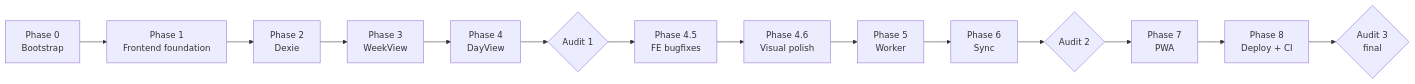
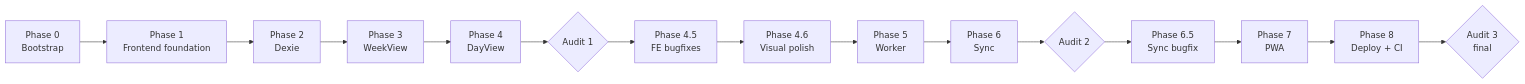
One commit to Lumineks/pwa-calendar changed the third of 3 diagrams in PLAN.md. Above: the diagram before and after it, drawn with Mermaid. The commit also changed other lines of this file and 3 other files, not shown here.

````diff
--- a/PLAN.md
+++ b/PLAN.md
@@ -182,16 +186,17 @@
 ```mermaid
 flowchart LR
   P0[Phase 0<br/>Bootstrap] --> P1[Phase 1<br/>Frontend foundation]
   P1 --> P2[Phase 2<br/>Dexie]
   P2 --> P3[Phase 3<br/>WeekView]
   P3 --> P4[Phase 4<br/>DayView]
   P4 --> A1{Audit 1}
   A1 --> P45[Phase 4.5<br/>FE bugfixes]
   P45 --> P46[Phase 4.6<br/>Visual polish]
   P46 --> P5[Phase 5<br/>Worker]
   P5 --> P6[Phase 6<br/>Sync]
   P6 --> A2{Audit 2}
-  A2 --> P7[Phase 7<br/>PWA]
+  A2 --> P65[Phase 6.5<br/>Sync bugfix]
+  P65 --> P7[Phase 7<br/>PWA]
   P7 --> P8[Phase 8<br/>Deploy + CI]
   P8 --> A3{Audit 3<br/>final}
 ```
````
